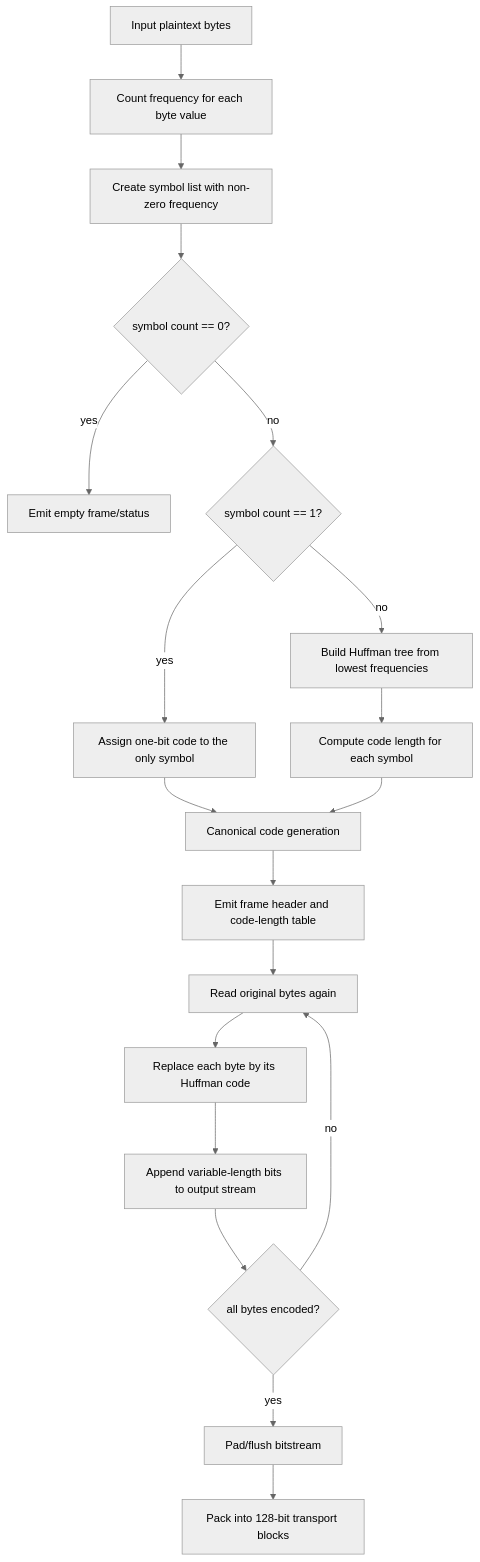
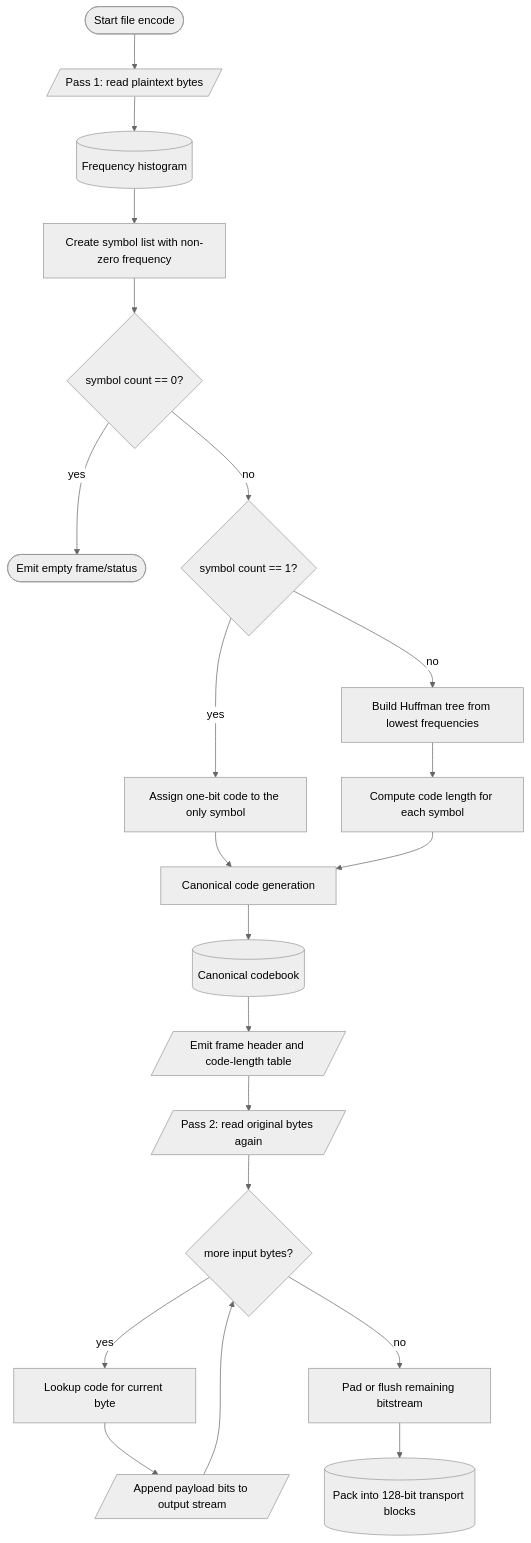
Before and after one commit to ngoquocan139/AES_huffman_all6: the fourth of 7 diagrams in docs/huffman_aes_riscv_flowchart_spec.md, drawn with Mermaid (neutral theme). The commit also changed other lines of this file and 28 other files, not shown here.

````diff
--- a/docs/huffman_aes_riscv_flowchart_spec.md
+++ b/docs/huffman_aes_riscv_flowchart_spec.md
@@ -168,21 +191,23 @@
 ```mermaid
 flowchart TD
-    A["Input plaintext bytes"] --> B["Count frequency for each byte value"]
-    B --> C["Create symbol list with non-zero frequency"]
-    C --> D{"symbol count == 0?"}
-    D -->|"yes"| E["Emit empty frame/status"]
-    D -->|"no"| F{"symbol count == 1?"}
-    F -->|"yes"| G["Assign one-bit code to the only symbol"]
-    F -->|"no"| H["Build Huffman tree from lowest frequencies"]
-    H --> I["Compute code length for each symbol"]
-    G --> J["Canonical code generation"]
-    I --> J
-    J --> K["Emit frame header and code-length table"]
-    K --> L["Read original bytes again"]
-    L --> M["Replace each byte by its Huffman code"]
-    M --> N["Append variable-length bits to output stream"]
-    N --> O{"all bytes encoded?"}
-    O -->|"no"| L
-    O -->|"yes"| P["Pad/flush bitstream"]
-    P --> Q["Pack into 128-bit transport blocks"]
+    A(["Start file encode"]) --> B[/"Pass 1: read plaintext bytes"/]
+    B --> C[("Frequency histogram")]
+    C --> D["Create symbol list with non-zero frequency"]
+    D --> E{"symbol count == 0?"}
+    E -->|"yes"| F(["Emit empty frame/status"])
+    E -->|"no"| G{"symbol count == 1?"}
+    G -->|"yes"| H["Assign one-bit code to the only symbol"]
+    G -->|"no"| I["Build Huffman tree from lowest frequencies"]
+    I --> J["Compute code length for each symbol"]
+    H --> K["Canonical code generation"]
+    J --> K
+    K --> L[("Canonical codebook")]
+    L --> M[/"Emit frame header and code-length table"/]
+    M --> N[/"Pass 2: read original bytes again"/]
+    N --> O{"more input bytes?"}
+    O -->|"yes"| P["Lookup code for current byte"]
+    P --> Q[/"Append payload bits to output stream"/]
+    Q --> O
+    O -->|"no"| R["Pad or flush remaining bitstream"]
+    R --> S[("Pack into 128-bit transport blocks")]
 ```
````
